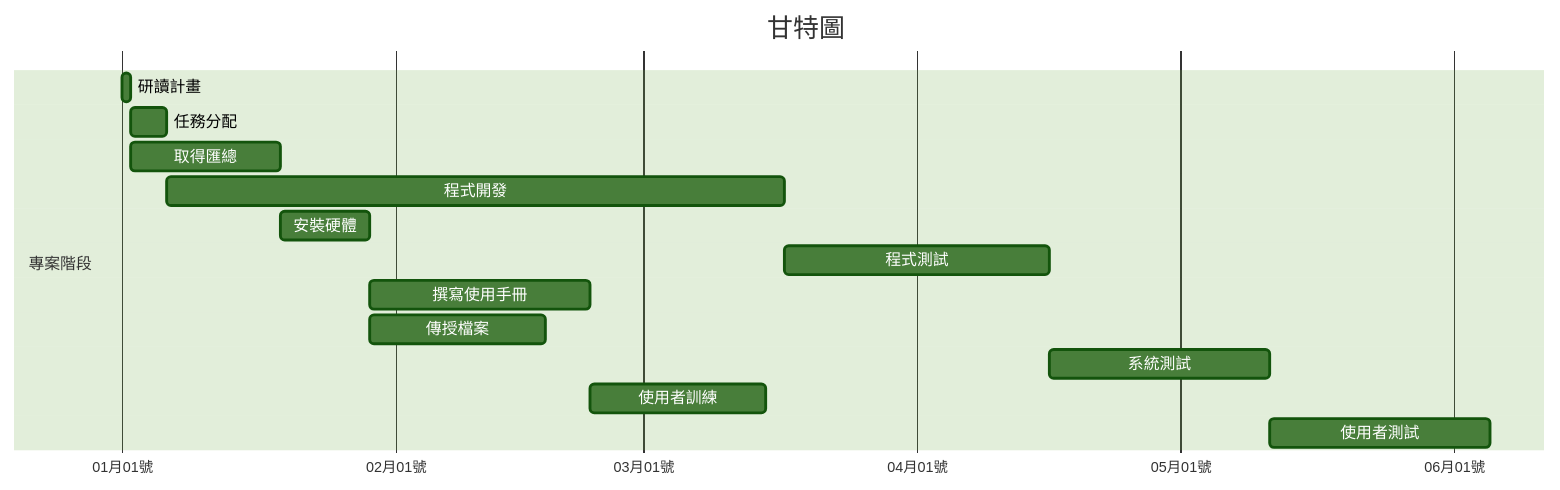
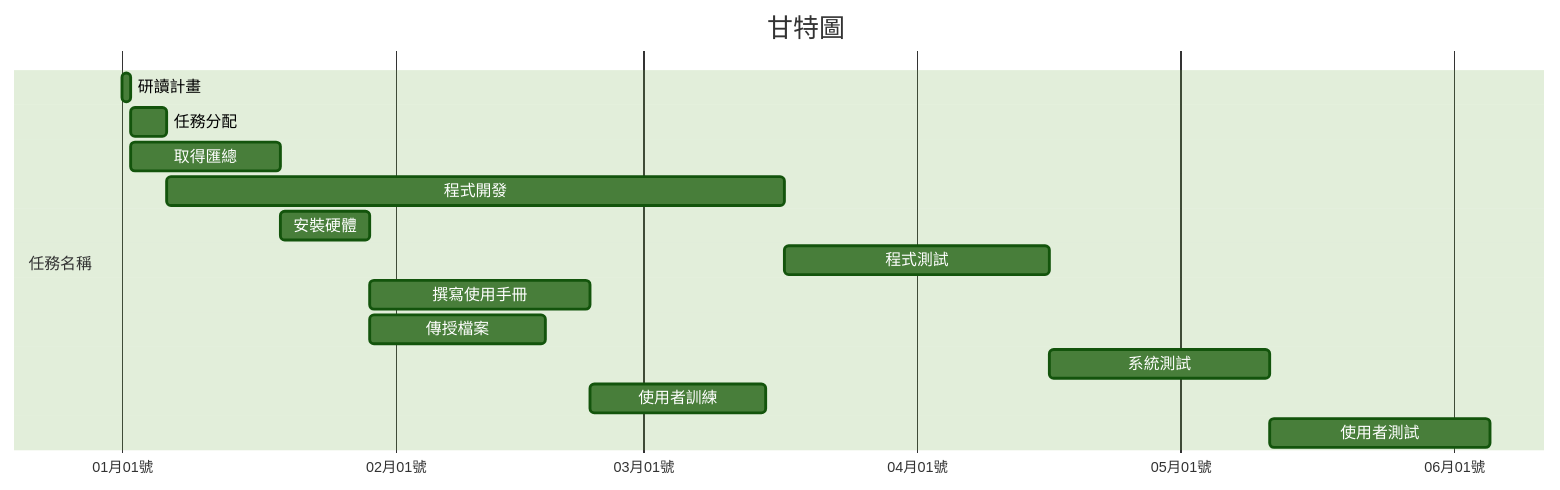
The first of 2 diagrams in hw2.md (DeGUAouo/114-1a), drawn with Mermaid (forest theme) before and after one commit. The commit also changed other lines of this file, not shown here.

````diff
--- a/hw2.md
+++ b/hw2.md
@@ -3,19 +3,19 @@
 ```mermaid
 gantt
     title 甘特圖
     dateFormat  YYYY-MM-DD
     axisFormat  %m月%d號
 
-    section 專案階段
+    section 任務名稱
     研讀計畫       :a1, 2025-01-01, 1d
     任務分配       :a2, after a1, 4d
     取得匯總       :a3, after a1, 17d
     程式開發       :a4, after a2, 70d
     安裝硬體       :a5, after a3, 10d
     程式測試       :a6, after a4, 30d
     撰寫使用手冊   :a7, after a5, 25d
     傳授檔案       :a8, after a5, 20d
     系統測試       :a9, after a6, 25d
     使用者訓練     :a10, after a7, 20d
     使用者測試     :a11, after a9, 25d
 ```
````
